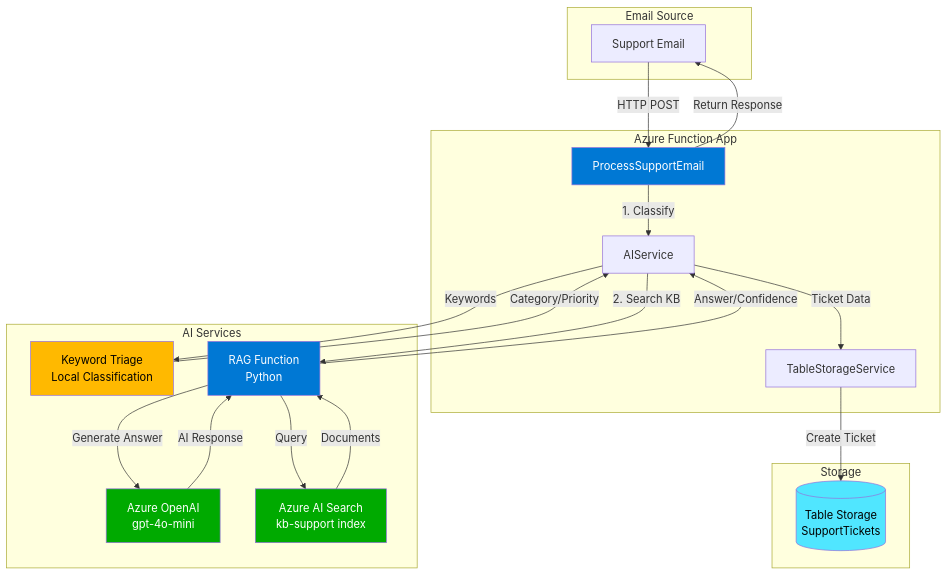
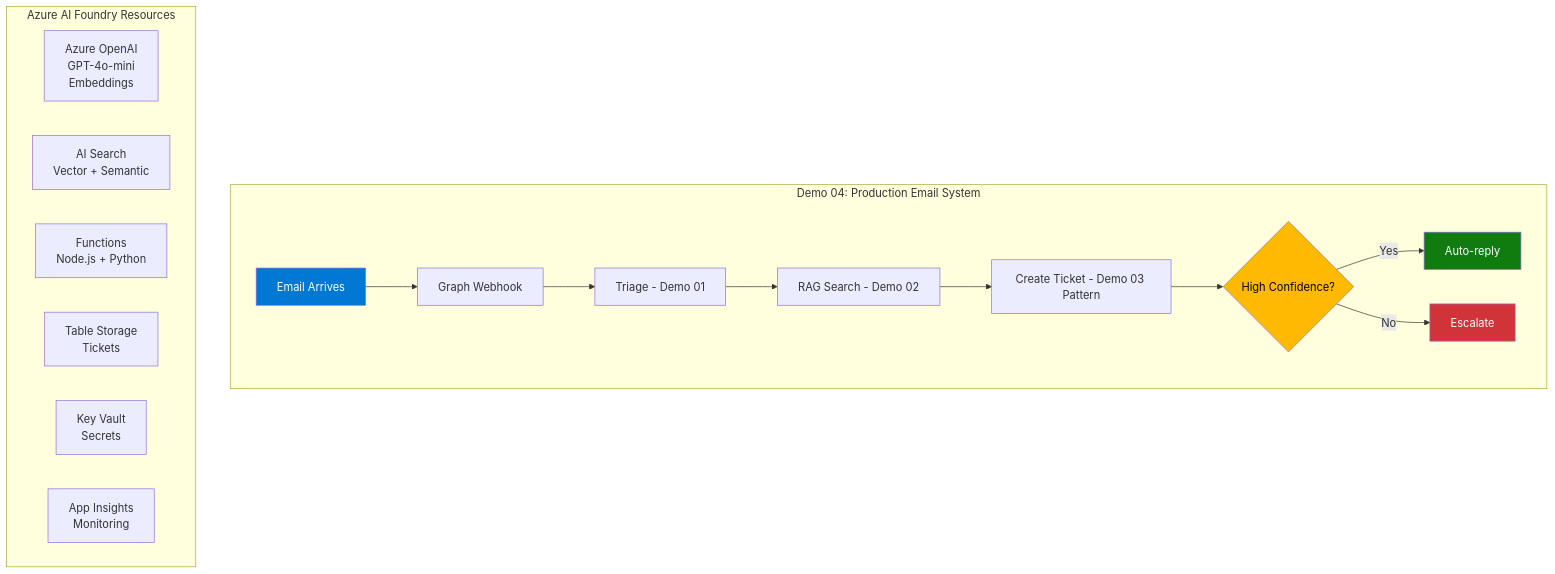
The diagram in README.md (LuiseFreese/espc25-smart-support-agent), drawn with Mermaid before and after one commit. The commit also changed other lines of this file and 45 other files, not shown here.

````diff
--- a/README.md
+++ b/README.md
@@ -160,44 +301,26 @@
 ```mermaid
-graph TB
-    subgraph "Email Source"
-        A[Support Email]
+graph TD
+    subgraph "Demo 04: Production Email System"
+        A[Email Arrives] --> B[Graph Webhook]
+        B --> C[Triage - Demo 01]
+        C --> D[RAG Search - Demo 02]
+        D --> E[Create Ticket - Demo 03 Pattern]
+        E --> F{High Confidence?}
+        F -->|Yes| G[Auto-reply]
+        F -->|No| H[Escalate]
     end
-    
-    subgraph "Azure Function App"
-        B[ProcessSupportEmail]
-        C[AIService]
-        D[TableStorageService]
+
+    subgraph "Azure AI Foundry Resources"
+        I[Azure OpenAI<br/>GPT-4o-mini<br/>Embeddings]
+        J[AI Search<br/>Vector + Semantic]
+        K[Functions<br/>Node.js + Python]
+        L[Table Storage<br/>Tickets]
+        M[Key Vault<br/>Secrets]
+        N[App Insights<br/>Monitoring]
     end
-    
-    subgraph "AI Services"
-        E[Keyword Triage<br/>Local Classification]
-        F[RAG Function<br/>Python]
-        G[Azure OpenAI<br/>gpt-4o-mini]
-        H[Azure AI Search<br/>kb-support index]
-    end
-    
-    subgraph "Storage"
-        I[(Table Storage<br/>SupportTickets)]
-    end
-    
-    A -->|HTTP POST| B
-    B -->|1. Classify| C
-    C -->|Keywords| E
-    E -->|Category/Priority| C
-    C -->|2. Search KB| F
-    F -->|Query| H
-    H -->|Documents| F
-    F -->|Generate Answer| G
-    G -->|AI Response| F
-    F -->|Answer/Confidence| C
-    C -->|Ticket Data| D
-    D -->|Create Ticket| I
-    B -->|Return Response| A
-    
-    style B fill:#0078d4,color:#fff
-    style F fill:#0078d4,color:#fff
-    style I fill:#50e6ff,color:#000
-    style E fill:#ffb900,color:#000
-    style G fill:#00aa00,color:#fff
-    style H fill:#00aa00,color:#fff
+
+    style A fill:#0078d4,color:#fff
+    style F fill:#ffb900,color:#000
+    style G fill:#107c10,color:#fff
+    style H fill:#d13438,color:#fff
 ```
````
